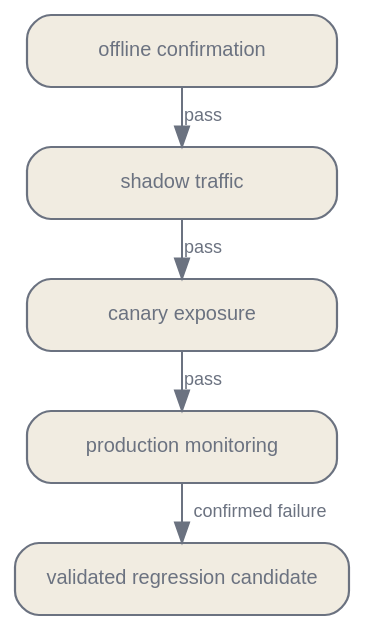
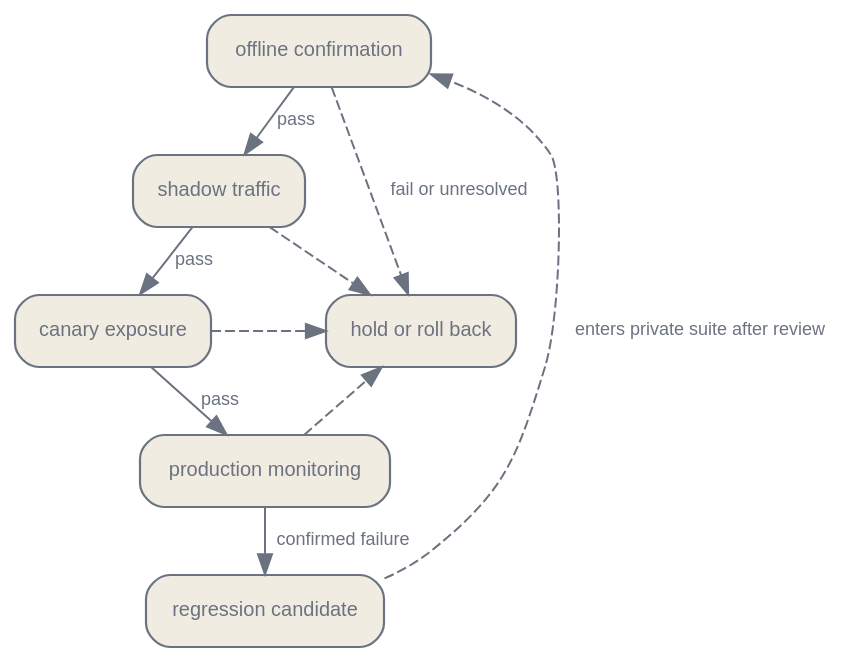
One commit to latere-ai/ai-as-an-infrastructure changed the diagram in en/evaluation/07-operational-evaluation.qmd. Above: the diagram before and after it, drawn with Graphviz. The commit also changed 1 other file, not shown here.

Commit message:
evaluation: release gates draw the hold or rollback path from every stage and the reviewed return to the suite
The caption says failure or insufficient evidence at any stage holds or rolls back the candidate and that confirmed production failures return to the private suite only after review; neither path was drawn. Each stage now has a dashed edge to hold or roll back, and the regression candidate returns to offline confirmation through intake review.

````diff
--- a/en/evaluation/07-operational-evaluation.qmd
+++ b/en/evaluation/07-operational-evaluation.qmd
@@ -57,20 +57,27 @@
 ```{dot}
 //| label: fig-operational-evaluation-gates
 //| fig-cap: "A release moves through four evidence stages. Failure or insufficient evidence at any stage holds or rolls back the candidate. Confirmed production failures return as candidates for the private suite rather than entering it without review."
 digraph {
   bgcolor="transparent";
   rankdir=TB;
-  nodesep=0.24; ranksep=0.28;
-  node [shape=box, style="rounded,filled", fontname="Helvetica", fontsize=10, color="#6b7280", fontcolor="#6b7280", fillcolor="#f1ece1", penwidth=1.1, width=2.15];
+  nodesep=0.4; ranksep=0.32;
+  node [shape=box, style="rounded,filled", fontname="Helvetica", fontsize=10, color="#6b7280", fontcolor="#6b7280", fillcolor="#f1ece1", penwidth=1.1];
   edge [fontsize=9, fontname="Helvetica", color="#6b7280", fontcolor="#6b7280"];
   OFF [label="offline confirmation"];
   SH [label="shadow traffic"];
   CAN [label="canary exposure"];
   MON [label="production monitoring"];
-  IN [label="validated regression candidate"];
+  HOLD [label="hold or roll back"];
+  IN [label="regression candidate"];
   OFF -> SH [label="pass"];
   SH -> CAN [label="pass"];
   CAN -> MON [label="pass"];
   MON -> IN [label="confirmed failure"];
+  OFF -> HOLD [style=dashed, label="fail or unresolved"];
+  SH -> HOLD [style=dashed];
+  CAN -> HOLD [style=dashed];
+  MON -> HOLD [style=dashed];
+  IN -> OFF [style=dashed, constraint=false, label="enters private suite after review"];
+  { rank=same; CAN; HOLD; }
 }
 ```
````
